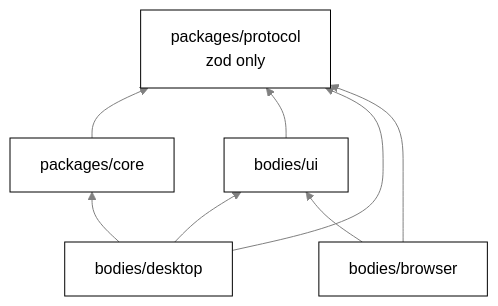
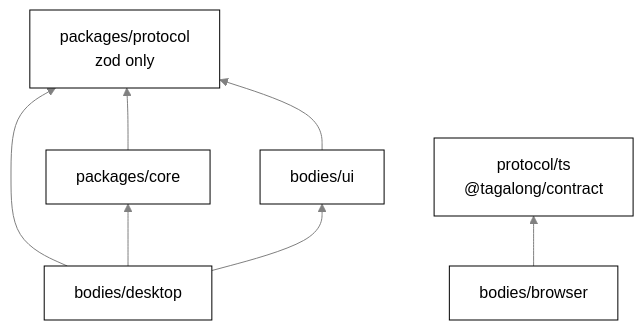
Before and after one commit to nadeem4/tagalong: the second of 4 diagrams in docs/architecture.md, drawn with Mermaid. The commit also changed other lines of this file and 17 other files, not shown here.

````diff
--- a/docs/architecture.md
+++ b/docs/architecture.md
@@ -86,16 +85,16 @@
 ```mermaid
 %%{init: {"theme": "base", "themeVariables": {"primaryColor": "#ffffff", "primaryTextColor": "#000000", "primaryBorderColor": "#000000", "lineColor": "#808080", "secondaryColor": "#f2f2f2", "tertiaryColor": "#ffffff", "clusterBkg": "#f7f7f7", "clusterBorder": "#808080", "edgeLabelBackground": "#ffffff", "titleColor": "#808080", "fontFamily": "Segoe UI, Helvetica, Arial, sans-serif"}}}%%
 flowchart BT
   P["packages/protocol<br>zod only"]
   C["packages/core"]
   U["bodies/ui"]
   D["bodies/desktop"]
   X["bodies/browser"]
   C --> P
   U --> P
   D --> P
   D --> C
   D --> U
-  X --> P
-  X --> U
+  K["protocol/ts<br>@tagalong/contract"]
+  X --> K
 ```
````
